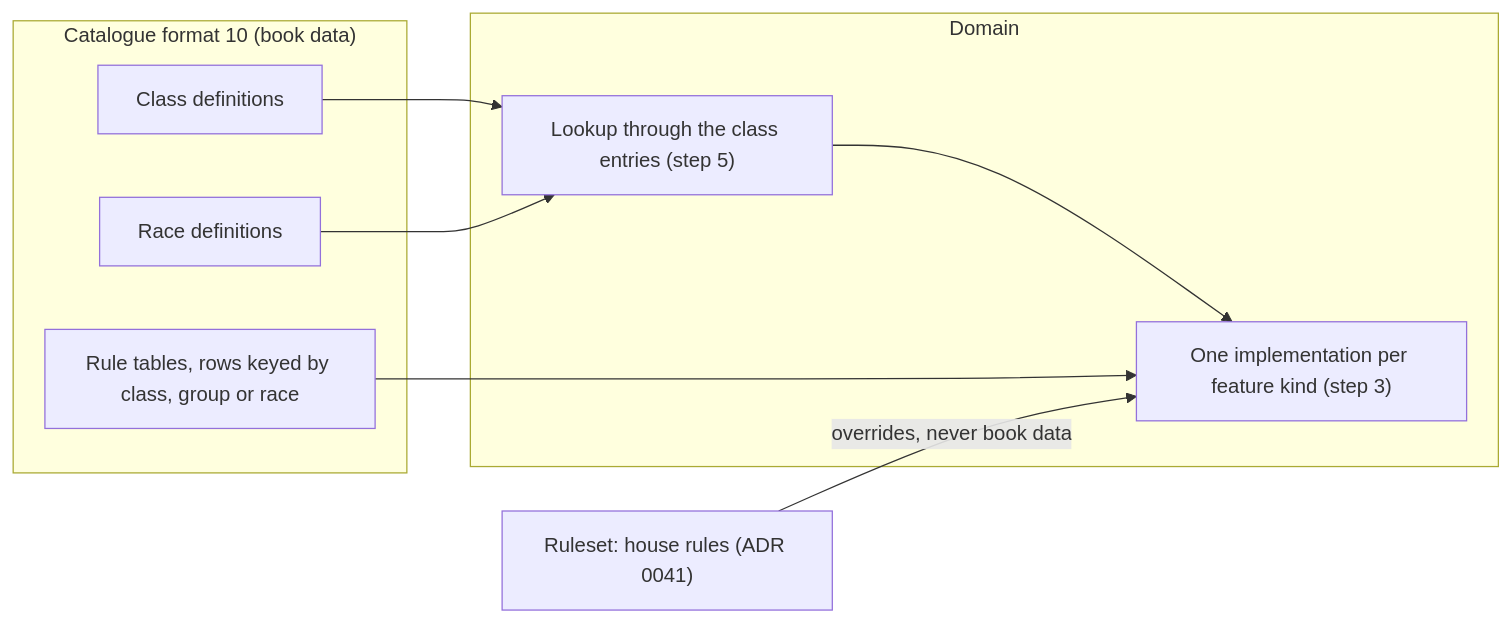
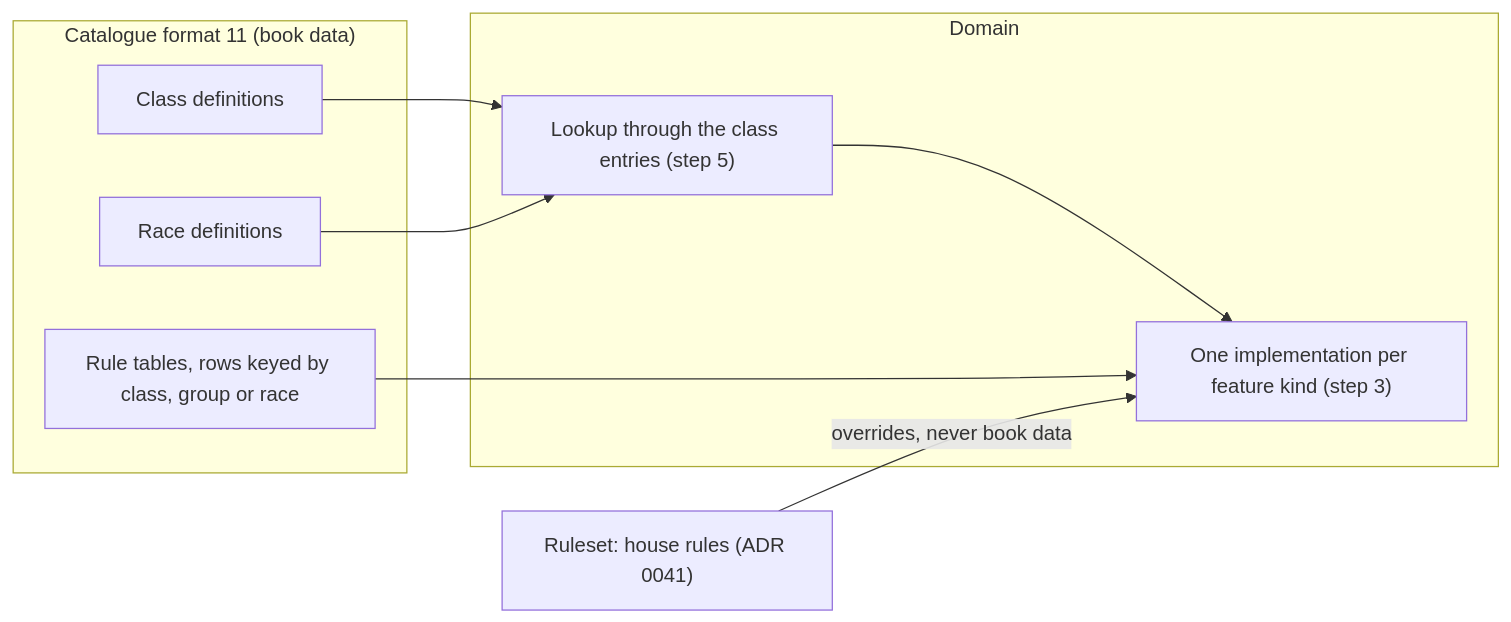
Before and after one commit to ceffo/critical: the diagram in docs/adr/0040-classes-are-data.md, drawn with Mermaid. The commit also changed other lines of this file and 2 other files, not shown here.

Commit message:
docs(adr): classes as data ship as catalogue format 11 (format 10 is Wisdom's magic defence)

````diff
--- a/docs/adr/0040-classes-are-data.md
+++ b/docs/adr/0040-classes-are-data.md
@@ -59,18 +59,18 @@
 ```mermaid
 flowchart LR
-  subgraph Cat["Catalogue format 10 (book data)"]
+  subgraph Cat["Catalogue format 11 (book data)"]
     CD["Class definitions"]
     RD["Race definitions"]
     RT["Rule tables, rows keyed by class, group or race"]
   end
   subgraph Dom["Domain"]
     Look["Lookup through the class entries (step 5)"]
     Kinds["One implementation per feature kind (step 3)"]
   end
   RS["Ruleset: house rules (ADR 0041)"]
   CD --> Look
   RD --> Look
   Look --> Kinds
   RT --> Kinds
   RS -->|"overrides, never book data"| Kinds
 ```
````
